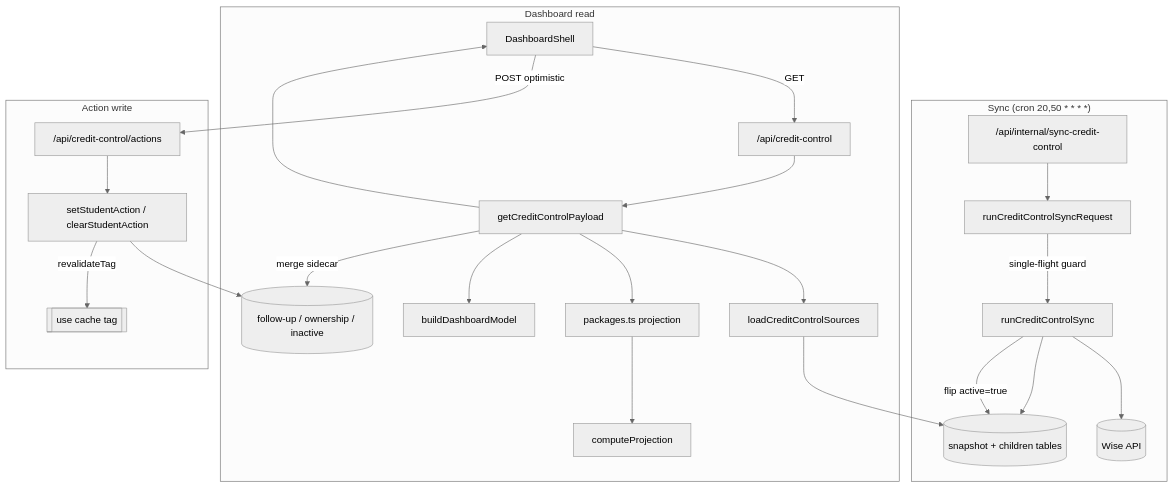
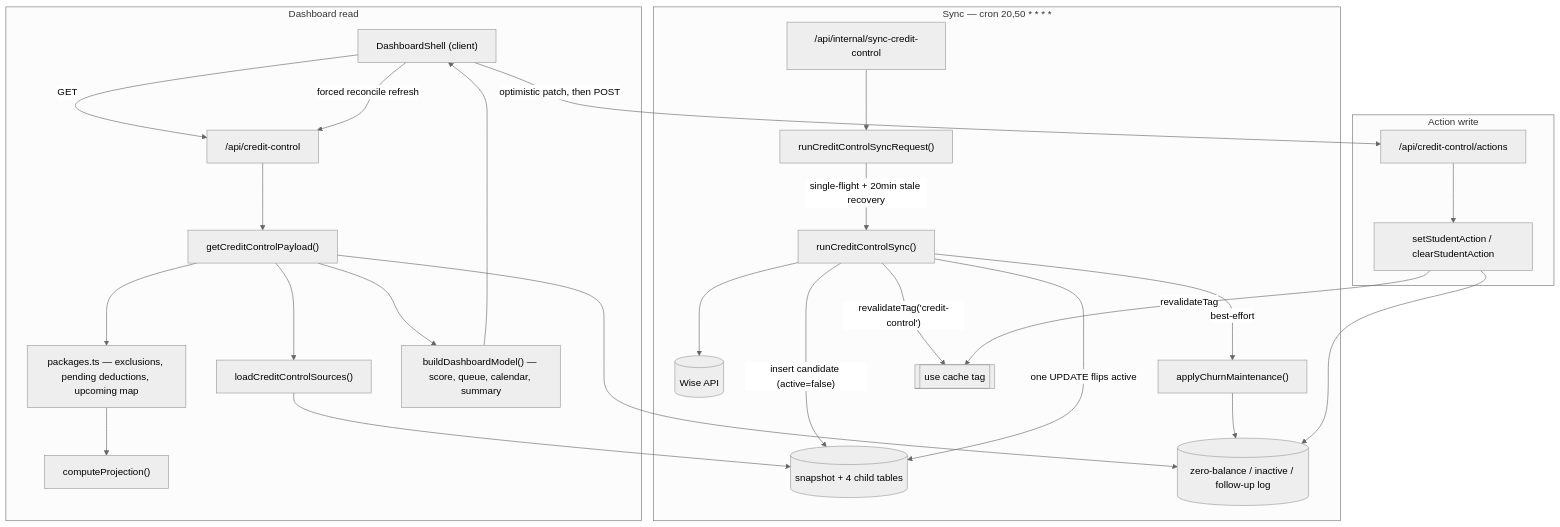
Before and after one commit to kasheesh711/bgscheduler: the diagram in docs/features/credit-control.md, drawn with Mermaid (neutral theme). The commit also changed other lines of this file and 71 other files, not shown here.

````diff
--- a/docs/features/credit-control.md
+++ b/docs/features/credit-control.md
@@ -64,29 +80,33 @@
 ```mermaid
 flowchart TD
-  subgraph Sync["Sync (cron 20,50 * * * *)"]
-    Cron["/api/internal/sync-credit-control"] --> RSR[runCreditControlSyncRequest]
-    RSR -->|single-flight guard| RCS[runCreditControlSync]
-    RCS --> WISE[(Wise API)]
-    RCS --> SNAP[(snapshot + children tables)]
-    RCS -->|flip active=true| SNAP
+  subgraph Sync["Sync — cron 20,50 * * * *"]
+    Cron["/api/internal/sync-credit-control"] --> RSR["runCreditControlSyncRequest()"]
+    RSR -->|"single-flight + 20min stale recovery"| RCS["runCreditControlSync()"]
+    RCS --> WISE[("Wise API")]
+    RCS -->|"insert candidate (active=false)"| SNAP[("snapshot + 4 child tables")]
+    RCS -->|"one UPDATE flips active"| SNAP
+    RCS -->|"best-effort"| CHURN["applyChurnMaintenance()"]
+    CHURN --> SIDE[("zero-balance / inactive / follow-up log")]
+    RCS -->|"revalidateTag('credit-control')"| CACHE[["use cache tag"]]
   end
 
   subgraph Read["Dashboard read"]
-    Shell[DashboardShell] -->|GET| RT1["/api/credit-control"]
-    RT1 --> SVC[getCreditControlPayload]
-    SVC --> LOAD[loadCreditControlSources]
+    Shell["DashboardShell (client)"] -->|GET| RT1["/api/credit-control"]
+    RT1 --> SVC["getCreditControlPayload()"]
+    SVC --> LOAD["loadCreditControlSources()"]
     LOAD --> SNAP
-    SVC --> PKG[packages.ts projection]
-    PKG --> PROJ[computeProjection]
-    SVC --> ANALYTICS[buildDashboardModel]
-    SVC -->|merge sidecar| SIDE[(follow-up / ownership / inactive)]
-    SVC --> Shell
+    SVC --> PKG["packages.ts — exclusions, pending deductions, upcoming map"]
+    PKG --> PROJ["computeProjection()"]
+    SVC --> SIDE
+    SVC --> AN["buildDashboardModel() — score, queue, calendar, summary"]
+    AN --> Shell
   end
 
   subgraph Write["Action write"]
-    Shell -->|POST optimistic| RT2["/api/credit-control/actions"]
-    RT2 --> ACT[setStudentAction / clearStudentAction]
+    Shell -->|"optimistic patch, then POST"| RT2["/api/credit-control/actions"]
+    RT2 --> ACT["setStudentAction / clearStudentAction"]
     ACT --> SIDE
-    ACT -->|revalidateTag| CACHE[["use cache" tag]]
+    ACT -->|revalidateTag| CACHE
+    Shell -->|"forced reconcile refresh"| RT1
   end
 ```
````
